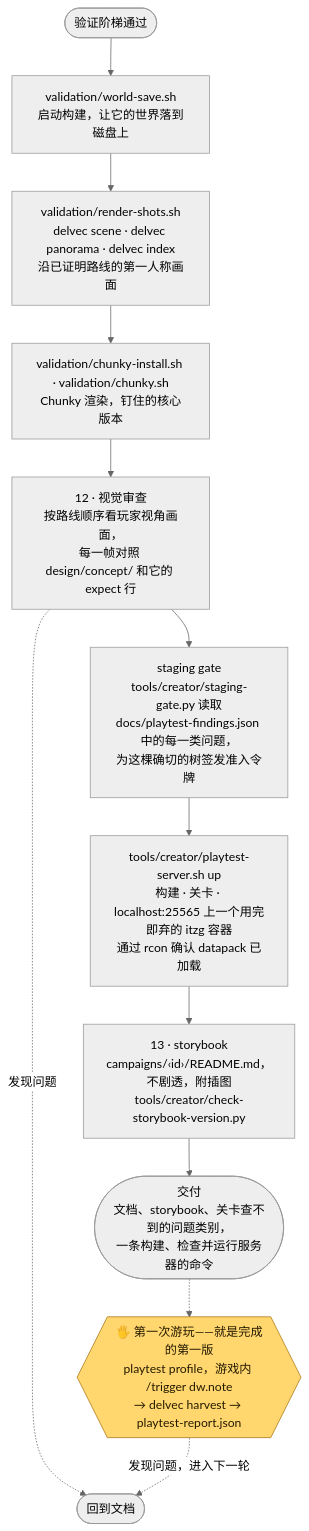
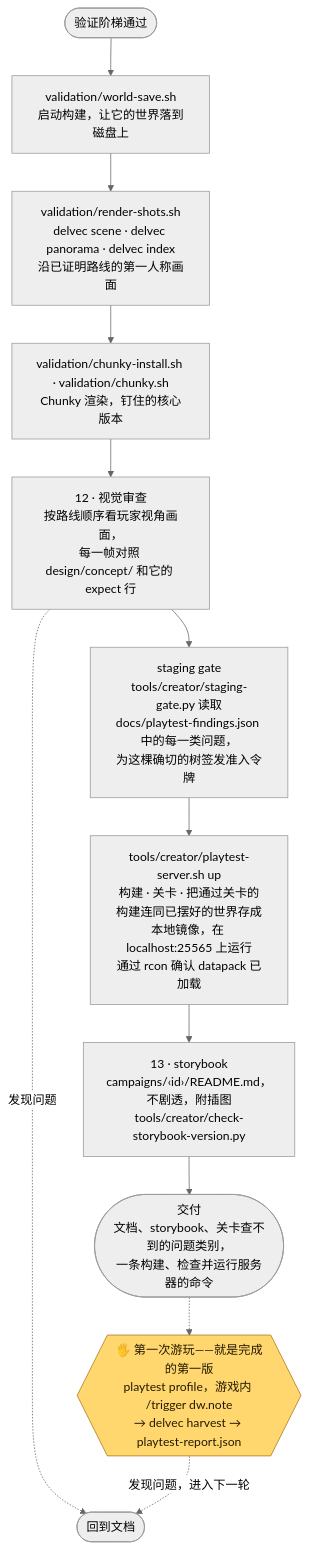
Before and after one commit to stellarfeline/delvewright: the sixth of 9 diagrams in docs/how-it-works.zh-CN.md, drawn with Mermaid (neutral theme). The commit also changed other lines of this file and 7 other files, not shown here.

First line of the commit message:
docs: the playtest server keeps an image, and a reopen is docker run

````diff
--- a/docs/how-it-works.zh-CN.md
+++ b/docs/how-it-works.zh-CN.md
@@ -140,16 +140,16 @@
 ```mermaid
 flowchart TD
     G(["验证阶梯通过"]) --> WS2["validation/world-save.sh<br/>启动构建，让它的世界落到磁盘上"]
     WS2 --> RS["validation/render-shots.sh<br/>delvec scene · delvec panorama · delvec index<br/>沿已证明路线的第一人称画面"]
     RS --> CK["validation/chunky-install.sh · validation/chunky.sh<br/>Chunky 渲染，钉住的核心版本"]
     CK --> VR["12 · 视觉审查<br/>按路线顺序看玩家视角画面，<br/>每一帧对照 design/concept/ 和它的 expect 行"]
     VR -.->|"发现问题"| BACK(["回到文档"])
     VR --> SG["staging gate<br/>tools/creator/staging-gate.py 读取<br/>docs/playtest-findings.json 中的每一类问题，<br/>为这棵确切的树签发准入令牌"]
-    SG --> UP["tools/creator/playtest-server.sh up<br/>构建 · 关卡 · localhost:25565 上一个用完即弃的 itzg 容器<br/>通过 rcon 确认 datapack 已加载"]
+    SG --> UP["tools/creator/playtest-server.sh up<br/>构建 · 关卡 · 把通过关卡的构建连同已摆好的世界存成本地镜像，在 localhost:25565 上运行<br/>通过 rcon 确认 datapack 已加载"]
     UP --> HO["13 · storybook<br/>campaigns/‹id›/README.md，不剧透，附插图<br/>tools/creator/check-storybook-version.py"]
     HO --> OUT(["交付<br/>文档、storybook、关卡查不到的问题类别，<br/>一条构建、检查并运行服务器的命令"])
     OUT -.-> PLAY{{"🖐 第一次游玩——就是完成的第一版<br/>playtest profile，游戏内 /trigger dw.note<br/>→ delvec harvest → playtest-report.json"}}:::human
     PLAY -.->|"发现问题，进入下一轮"| BACK
 
     classDef human fill:#ffd76e,stroke:#a9761a,color:#241a00
 ```
````
